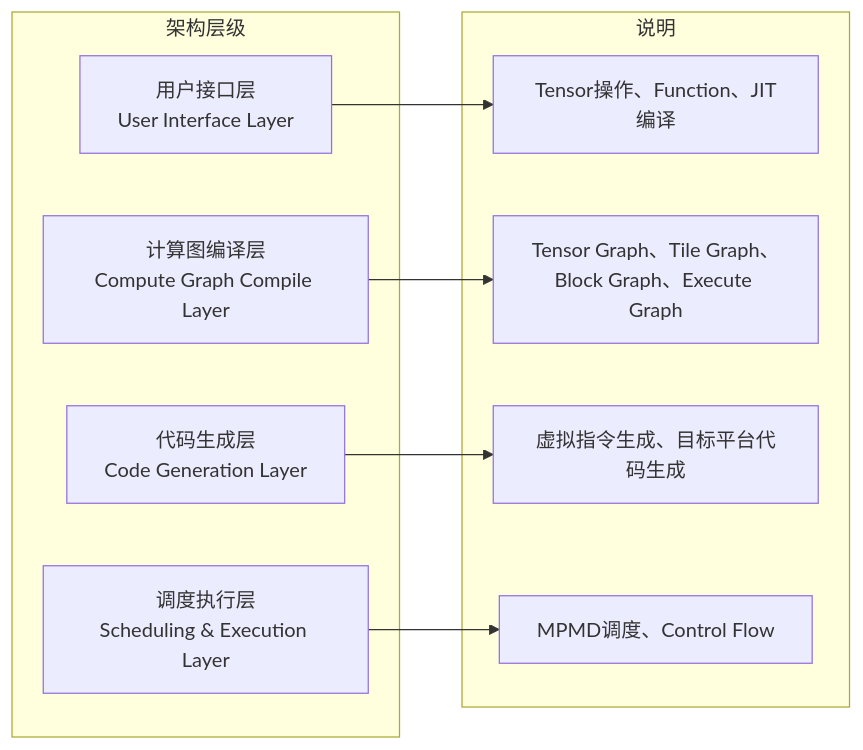
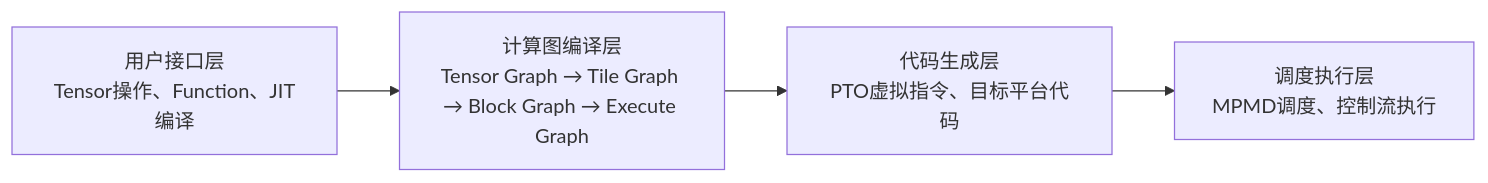
One commit to hicann/pypto changed the diagram in docs/zh/guide/introduction.md. Above: the diagram before and after it, drawn with Mermaid. The commit also changed other lines of this file and 183 other files, not shown here.

````diff
--- a/docs/zh/guide/introduction.md
+++ b/docs/zh/guide/introduction.md
@@ -11,21 +16,6 @@
 ```mermaid
 flowchart LR
-    subgraph Left["架构层级"]
-        L1["用户接口层<br>User Interface Layer"]
-        L2["计算图编译层<br>Compute Graph Compile Layer"]
-        L3["代码生成层<br>Code Generation Layer"]
-        L4["调度执行层<br>Scheduling & Execution Layer"]
-    end
-
-    subgraph Right["说明"]
-        R1["Tensor操作、Function、JIT编译"]
-        R2["Tensor Graph、Tile Graph、Block Graph、Execute Graph"]
-        R3["虚拟指令生成、目标平台代码生成"]
-        R4["MPMD调度、Control Flow"]
-    end
-
-    L1 --> R1
-    L2 --> R2
-    L3 --> R3
-    L4 --> R4
+    A["用户接口层<br/>Tensor操作、Function、JIT编译"] --> B["计算图编译层<br/>Tensor Graph → Tile Graph → Block Graph → Execute Graph"]
+    B --> C["代码生成层<br/>PTO虚拟指令、目标平台代码"]
+    C --> D["调度执行层<br/>MPMD调度、控制流执行"]
 ```
````
